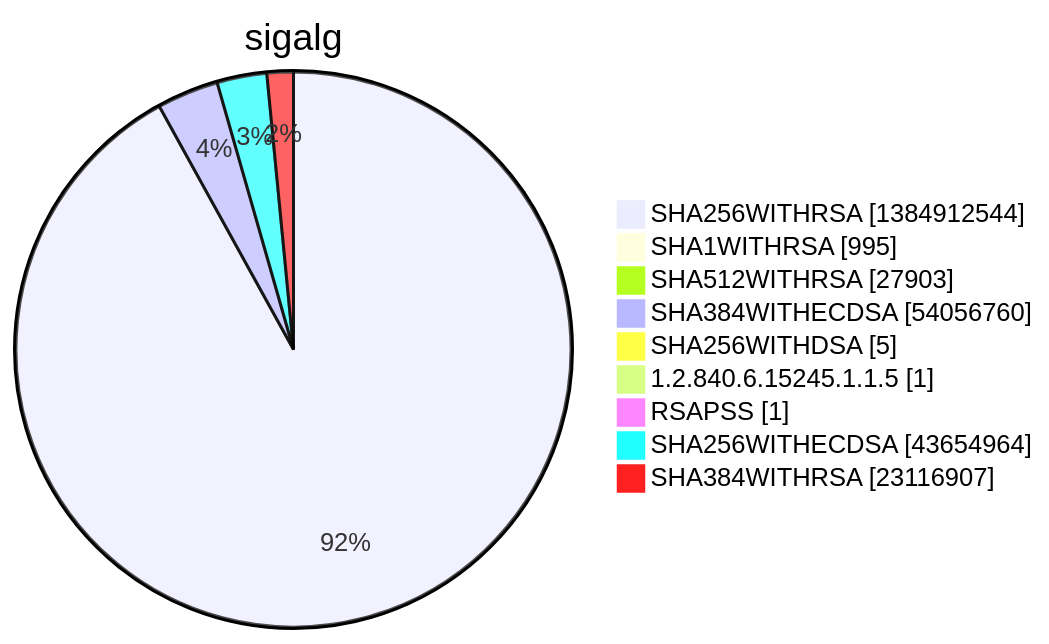
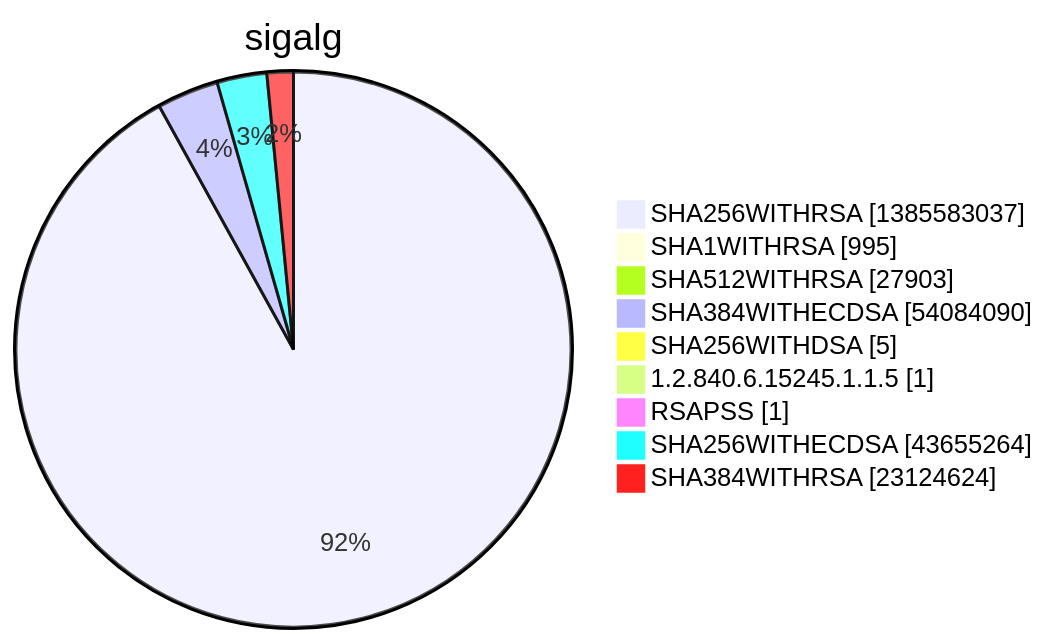
Before and after one commit to christiankrug/ctmonitor_visualization: diagram 15 of 15 in xenon2022/README.md, drawn with Mermaid. The commit also changed other lines of this file, not shown here.

````diff
--- a/xenon2022/README.md
+++ b/xenon2022/README.md
@@ -5854,13 +5854,13 @@
 ```mermaid
 pie showData
 title sigalg
-"SHA256WITHRSA" :1384912544
+"SHA256WITHRSA" :1385583037
 "SHA1WITHRSA" :995
 "SHA512WITHRSA" :27903
-"SHA384WITHECDSA" :54056760
+"SHA384WITHECDSA" :54084090
 "SHA256WITHDSA" :5
 "1.2.840.6.15245.1.1.5" :1
 "RSAPSS" :1
-"SHA256WITHECDSA" :43654964
-"SHA384WITHRSA" :23116907
+"SHA256WITHECDSA" :43655264
+"SHA384WITHRSA" :23124624
 ```
````
